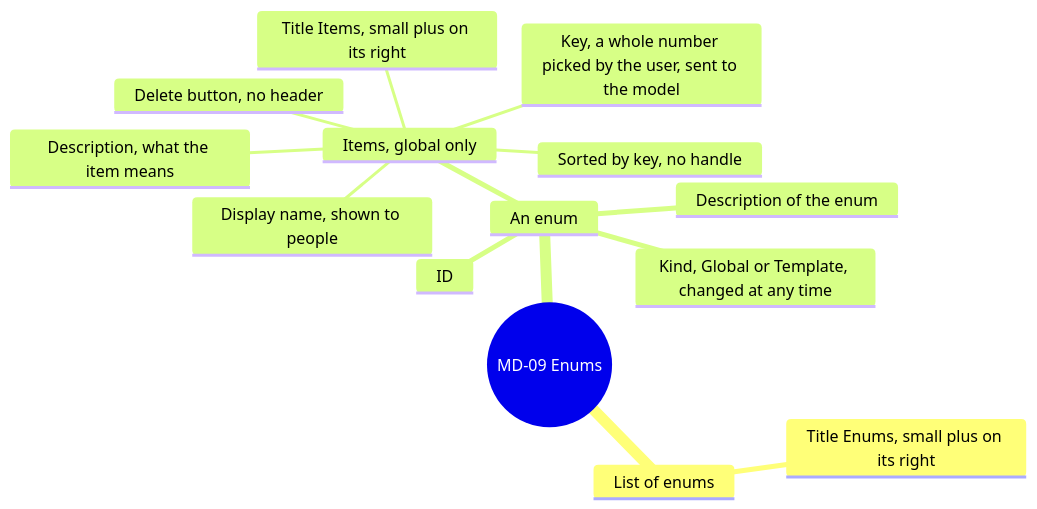
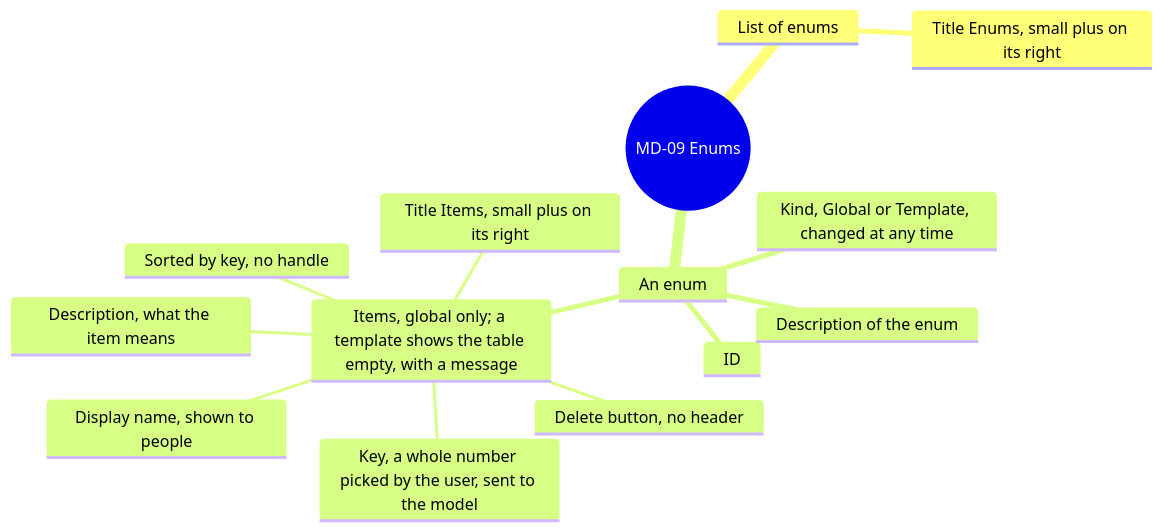
One commit to AlexandreGallais/synoptic-studio-spec changed diagram 15 of 16 in screens/metadata.md. Above: the diagram before and after it, drawn with Mermaid. The commit also changed other lines of this file and 3 other files, not shown here.

````diff
--- a/screens/metadata.md
+++ b/screens/metadata.md
@@ -506,17 +506,17 @@
 ```mermaid
 mindmap
   root((MD-09 Enums))
     List of enums
       Title Enums, small plus on its right
     An enum
       ID
       Kind, Global or Template, changed at any time
       Description of the enum
-      Items, global only
+      Items, global only; a template shows the table empty, with a message
         Title Items, small plus on its right
         Key, a whole number picked by the user, sent to the model
         Display name, shown to people
         Description, what the item means
         Delete button, no header
         Sorted by key, no handle
 ```
````
